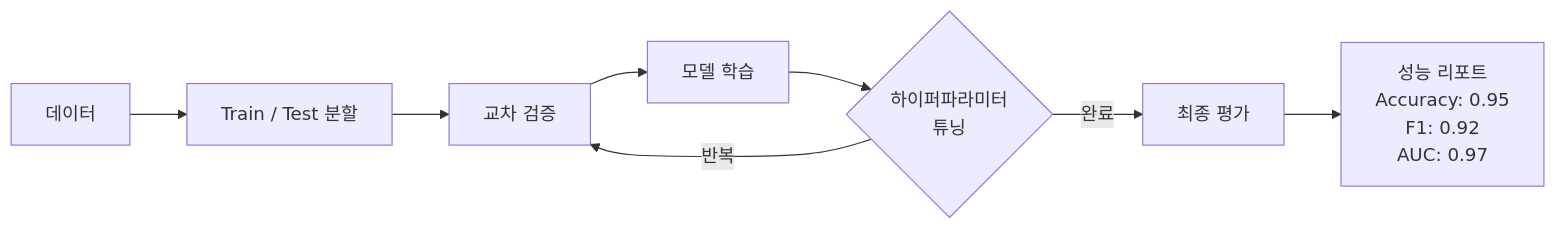
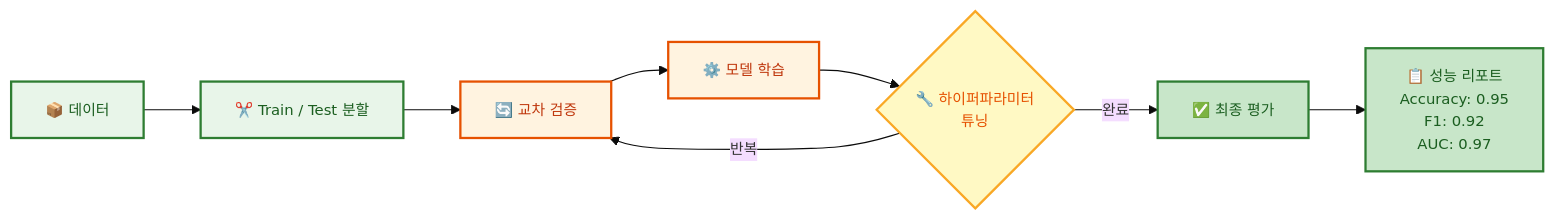
One commit to jingu279/Document changed the ninth of 19 diagrams in ai-programming/README.md. Above: the diagram before and after it, drawn with Mermaid. The commit also changed other lines of this file, not shown here.

First line of the commit message:
README Mermaid 다이어그램 스타일링 개선

````diff
--- a/ai-programming/README.md
+++ b/ai-programming/README.md
@@ -236,10 +343,24 @@
 ```mermaid
+%%{init: {'theme': 'base', 'themeVariables': {'fontSize': '13px'}}}%%
 flowchart LR
-  Train["데이터"] --> Split["Train / Test 분할"]
-  Split --> CV["교차 검증"]
-  CV --> TrainModel["모델 학습"]
-  TrainModel --> Tune{"하이퍼파라미터<br>튜닝"}
-  Tune -->|"반복"| CV
-  Tune -->|"완료"| Eval["최종 평가"]
-  Eval --> Report["성능 리포트<br/>Accuracy: 0.95<br/>F1: 0.92<br/>AUC: 0.97"]
+  Train["📦 데이터"]
+  Split["✂️ Train / Test 분할"]
+  CV["🔄 교차 검증"]
+  TrainModel["⚙️ 모델 학습"]
+  Tune{"🔧 하이퍼파라미터<br/>튜닝"}
+  Eval["✅ 최종 평가"]
+  Report["📋 성능 리포트<br/>Accuracy: 0.95<br/>F1: 0.92<br/>AUC: 0.97"]
+
+  Train --> Split --> CV --> TrainModel --> Tune
+  Tune -->|반복| CV
+  Tune -->|완료| Eval --> Report
+
+  classDef data fill:#e8f5e9,stroke:#2e7d32,stroke-width:2px,color:#1b5e20
+  classDef process fill:#fff3e0,stroke:#e65100,stroke-width:2px,color:#bf360c
+  classDef decision fill:#fff9c4,stroke:#f9a825,stroke-width:2px,color:#e65100
+  classDef result fill:#c8e6c9,stroke:#2e7d32,stroke-width:2px,color:#1b5e20
+  class Train,Split data
+  class CV,TrainModel process
+  class Tune decision
+  class Eval,Report result
 ```
````
